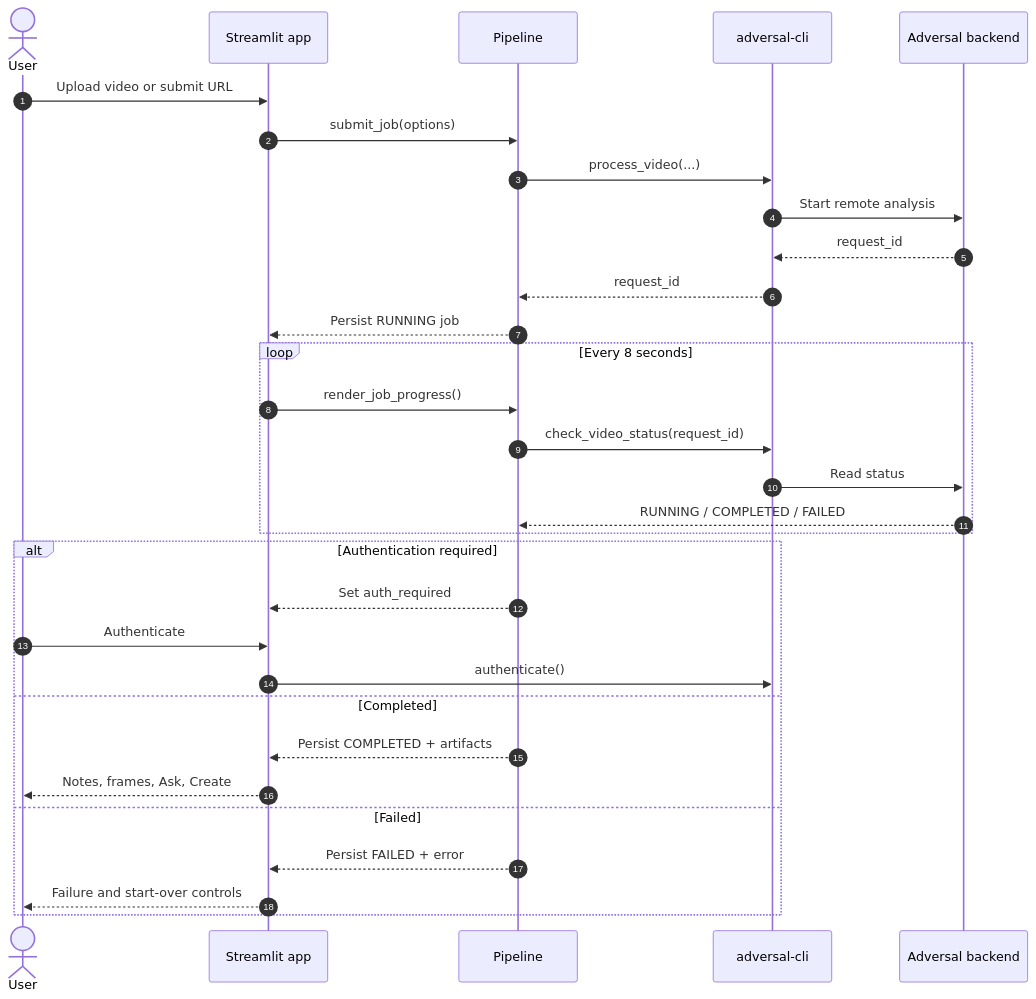
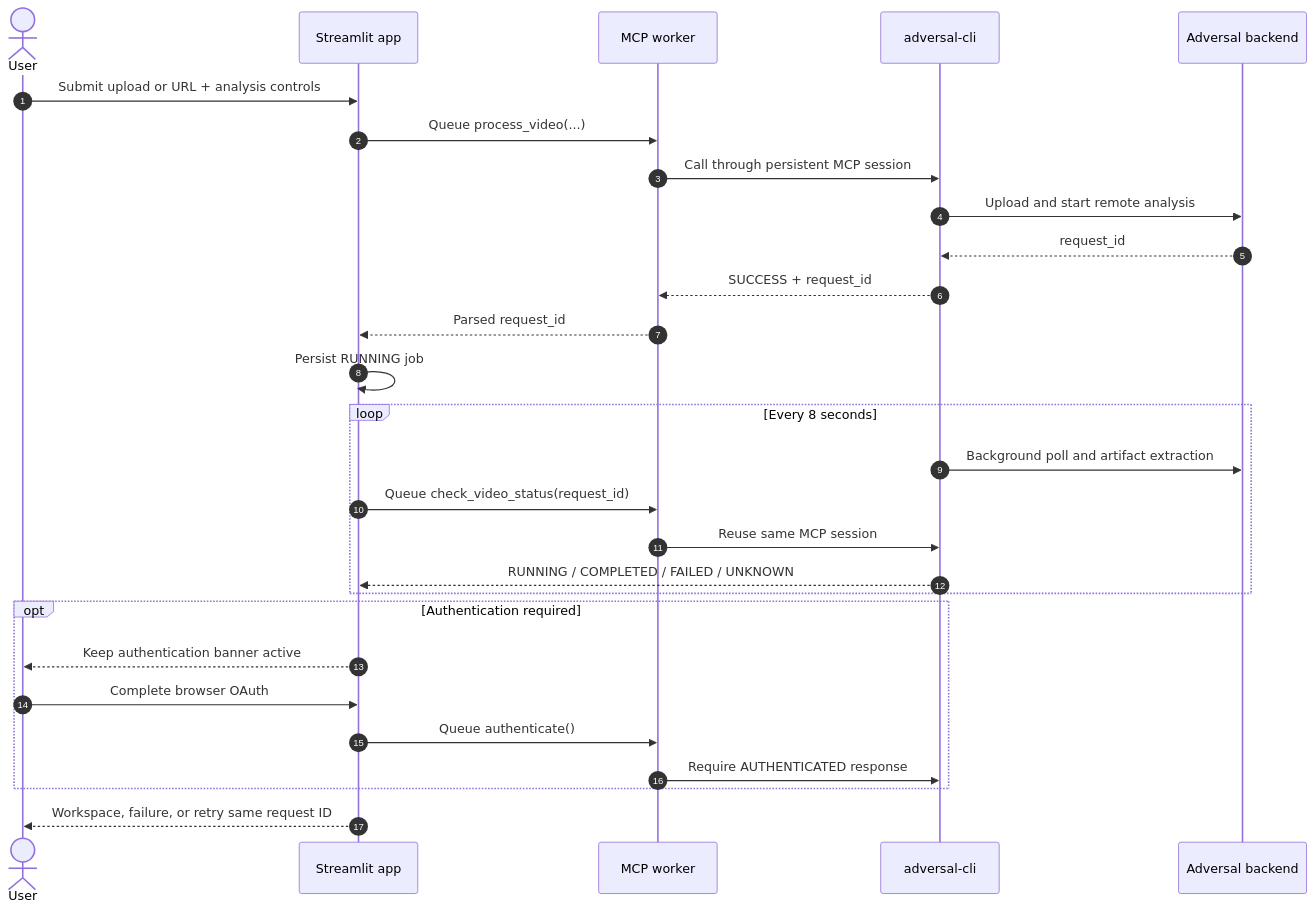
One commit to pypi-ahmad/video-summarizer changed the diagram in docs/diagrams/video-processing-sequence.mmd. Above: the diagram before and after it, drawn with Mermaid. The commit also changed 9 other files, not shown here.

Commit message:
docs(diagrams): sync MCP architecture

```diff
--- a/docs/diagrams/video-processing-sequence.mmd
+++ b/docs/diagrams/video-processing-sequence.mmd
@@ -1,34 +1,32 @@
 sequenceDiagram
     autonumber
     actor User
     participant App as Streamlit app
-    participant Pipeline
-    participant MCP as adversal-cli
+    participant Client as MCP worker
+    participant CLI as adversal-cli
     participant Backend as Adversal backend
 
-    User->>App: Upload video or submit URL
-    App->>Pipeline: submit_job(options)
-    Pipeline->>MCP: process_video(...)
-    MCP->>Backend: Start remote analysis
-    Backend-->>MCP: request_id
-    MCP-->>Pipeline: request_id
-    Pipeline-->>App: Persist RUNNING job
+    User->>App: Submit upload or URL + analysis controls
+    App->>Client: Queue process_video(...)
+    Client->>CLI: Call through persistent MCP session
+    CLI->>Backend: Upload and start remote analysis
+    Backend-->>CLI: request_id
+    CLI-->>Client: SUCCESS + request_id
+    Client-->>App: Parsed request_id
+    App->>App: Persist RUNNING job
 
     loop Every 8 seconds
-        App->>Pipeline: render_job_progress()
-        Pipeline->>MCP: check_video_status(request_id)
-        MCP->>Backend: Read status
-        Backend-->>Pipeline: RUNNING / COMPLETED / FAILED
+        CLI->>Backend: Background poll and artifact extraction
+        App->>Client: Queue check_video_status(request_id)
+        Client->>CLI: Reuse same MCP session
+        CLI-->>App: RUNNING / COMPLETED / FAILED / UNKNOWN
     end
 
-    alt Authentication required
-        Pipeline-->>App: Set auth_required
-        User->>App: Authenticate
-        App->>MCP: authenticate()
-    else Completed
-        Pipeline-->>App: Persist COMPLETED + artifacts
-        App-->>User: Notes, frames, Ask, Create
-    else Failed
-        Pipeline-->>App: Persist FAILED + error
-        App-->>User: Failure and start-over controls
+    opt Authentication required
+        App-->>User: Keep authentication banner active
+        User->>App: Complete browser OAuth
+        App->>Client: Queue authenticate()
+        Client->>CLI: Require AUTHENTICATED response
     end
+
+    App-->>User: Workspace, failure, or retry same request ID
```
